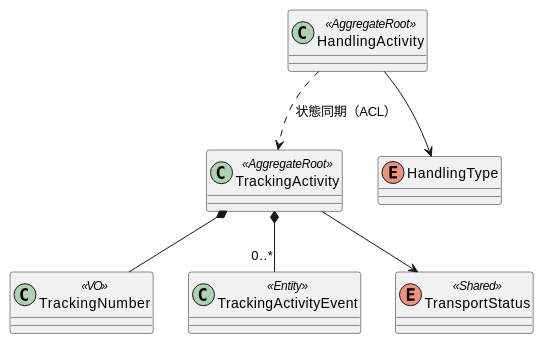
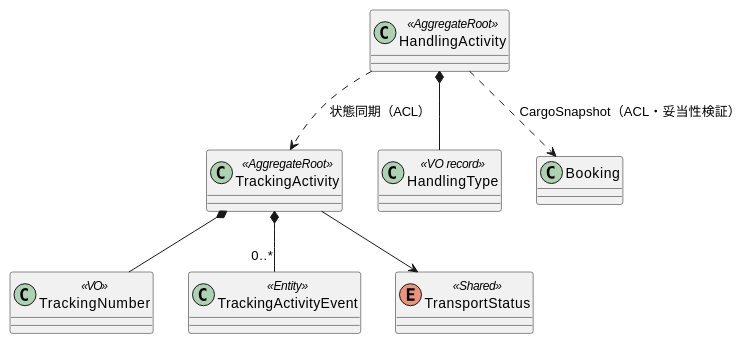
Before and after one commit to k2works/case-study-cargo-tracker: the third of 3 diagrams in docs/development/iteration_plan-5.md, drawn with PlantUML. The commit also changed other lines of this file, not shown here.

````diff
--- a/docs/development/iteration_plan-5.md
+++ b/docs/development/iteration_plan-5.md
@@ -283,16 +285,17 @@
 ```plantuml
 @startuml
 class TrackingActivity <<AggregateRoot>>
 class TrackingNumber <<VO>>
 class TrackingActivityEvent <<Entity>>
 enum TransportStatus <<Shared>>
 class HandlingActivity <<AggregateRoot>>
-enum HandlingType
+class HandlingType <<VO record>>
 
 TrackingActivity *-- TrackingNumber
 TrackingActivity *-- "0..*" TrackingActivityEvent
 TrackingActivity --> TransportStatus
-HandlingActivity --> HandlingType
+HandlingActivity *-- HandlingType
 HandlingActivity ..> TrackingActivity : 状態同期（ACL）
+HandlingActivity ..> "Booking" : CargoSnapshot（ACL・妥当性検証）
 @enduml
 ```
````
